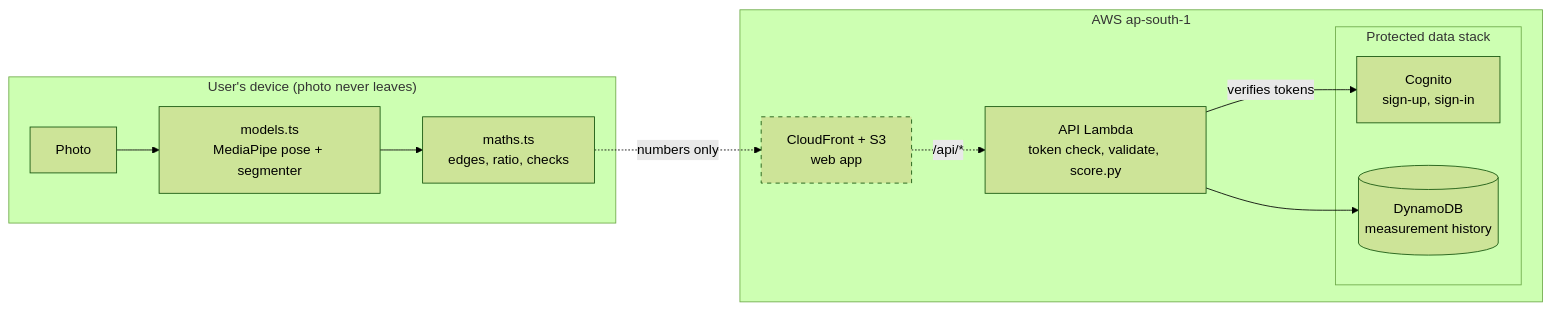
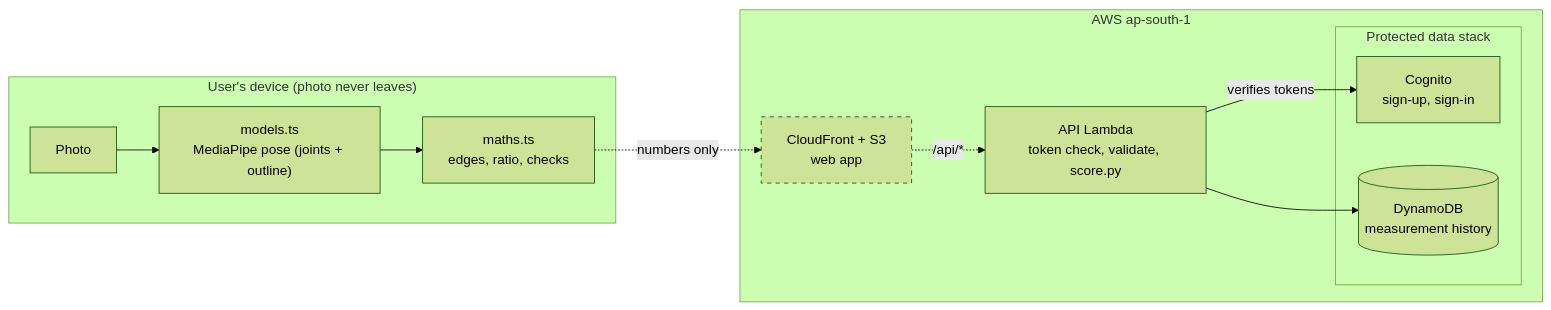
The first of 2 diagrams in README.md (ashutosharma2/LiftLens), drawn with Mermaid (forest theme) before and after one commit. The commit also changed other lines of this file and 6 other files, not shown here.

First line of the commit message:
ADR-007: body outline from the pose model, one baseline per method

````diff
--- a/README.md
+++ b/README.md
@@ -33,24 +33,24 @@
 ```mermaid
 flowchart LR
     subgraph Device["User's device (photo never leaves)"]
-        Photo[Photo] --> Models["models.ts<br/>MediaPipe pose + segmenter"]
+        Photo[Photo] --> Models["models.ts<br/>MediaPipe pose (joints + outline)"]
         Models --> Maths["maths.ts<br/>edges, ratio, checks"]
     end
 
     subgraph AWS["AWS ap-south-1"]
         CF["CloudFront + S3<br/>web app"]
         API["API Lambda<br/>token check, validate, score.py"]
         subgraph Data["Protected data stack"]
             Cognito["Cognito<br/>sign-up, sign-in"]
             DB[("DynamoDB<br/>measurement history")]
         end
     end
 
     Maths -. "numbers only" .-> CF
     CF -. "/api/*" .-> API
     API --> DB
     API -- "verifies tokens" --> Cognito
 
     class CF planned
     classDef planned stroke-dasharray: 5 5
 ```
````
